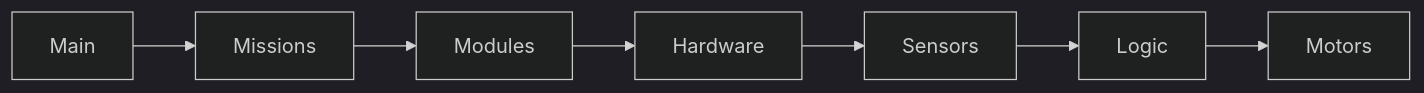
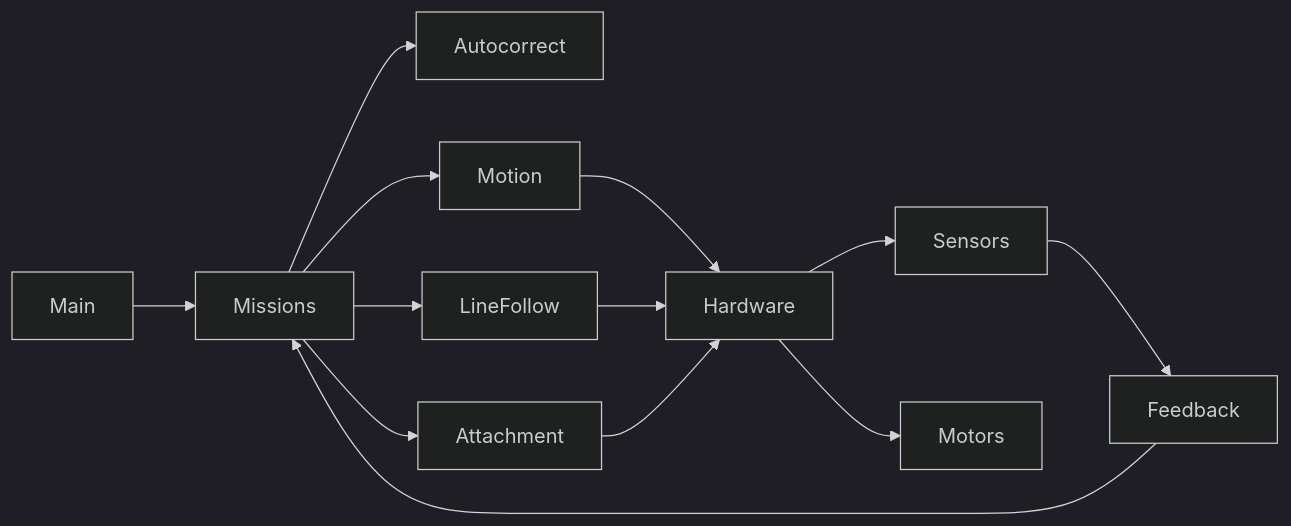
The diagram in docs/flowcharts/data_flow.mmd (avspavan/fll_2025), drawn with Mermaid (dark theme) before and after one commit. The commit also changed 14 other files, not shown here.

```diff
--- a/docs/flowcharts/data_flow.mmd
+++ b/docs/flowcharts/data_flow.mmd
@@ -1,1 +1,12 @@
-flowchart LR; Main-->Missions-->Modules-->Hardware-->Sensors; Sensors-->Logic-->Motors;
+flowchart LR
+  Main --> Missions
+  Missions --> Autocorrect
+  Missions --> Motion
+  Missions --> LineFollow
+  Missions --> Attachment
+  Motion --> Hardware
+  LineFollow --> Hardware
+  Attachment --> Hardware
+  Hardware --> Sensors
+  Hardware --> Motors
+  Sensors --> Feedback --> Missions
```
